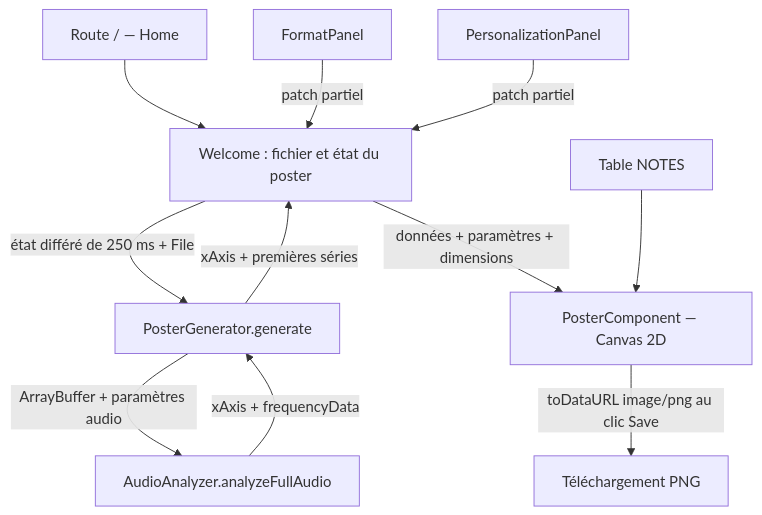
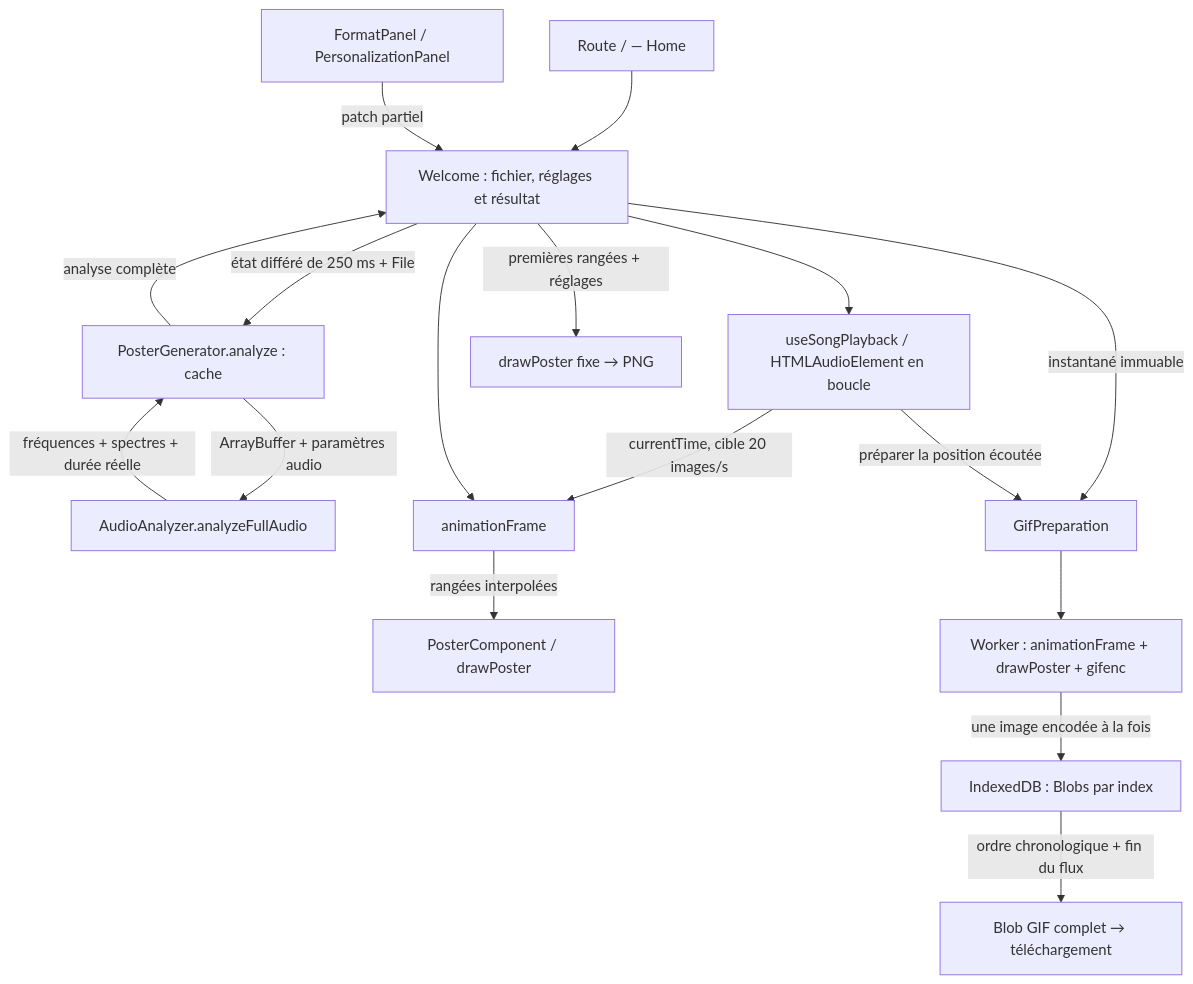
The diagram in doc/specification/02-architecture.md (EDKiff/Harmonyz), drawn with Mermaid before and after one commit. The commit also changed other lines of this file and 36 other files, not shown here.

Commit message:
feat: add synchronized music animation and progressive GIF export

````diff
--- a/doc/specification/02-architecture.md
+++ b/doc/specification/02-architecture.md
@@ -45,13 +55,19 @@
 ```mermaid
 flowchart TD
-    Route["Route / — Home"] --> Welcome["Welcome : fichier et état du poster"]
-    Format["FormatPanel"] -->|patch partiel| Welcome
-    Style["PersonalizationPanel"] -->|patch partiel| Welcome
-    Welcome -->|état différé de 250 ms + File| Generator["PosterGenerator.generate"]
+    Route["Route / — Home"] --> Welcome["Welcome : fichier, réglages et résultat"]
+    Panels["FormatPanel / PersonalizationPanel"] -->|patch partiel| Welcome
+    Welcome -->|état différé de 250 ms + File| Generator["PosterGenerator.analyze : cache"]
     Generator -->|ArrayBuffer + paramètres audio| Analyzer["AudioAnalyzer.analyzeFullAudio"]
-    Analyzer -->|xAxis + frequencyData| Generator
-    Generator -->|xAxis + premières séries| Welcome
-    Welcome -->|données + paramètres + dimensions| Canvas["PosterComponent — Canvas 2D"]
-    Notes["Table NOTES"] --> Canvas
-    Canvas -->|toDataURL image/png au clic Save| PNG["Téléchargement PNG"]
+    Analyzer -->|fréquences + spectres + durée réelle| Generator
+    Generator -->|analyse complète| Welcome
+    Welcome --> Player["useSongPlayback / HTMLAudioElement en boucle"]
+    Player -->|currentTime, cible 20 images/s| Animation["animationFrame"]
+    Welcome --> Animation
+    Animation -->|rangées interpolées| Canvas["PosterComponent / drawPoster"]
+    Welcome -->|premières rangées + réglages| PNG["drawPoster fixe → PNG"]
+    Welcome -->|instantané immuable| Preparation["GifPreparation"]
+    Player -->|préparer la position écoutée| Preparation
+    Preparation --> Worker["Worker : animationFrame + drawPoster + gifenc"]
+    Worker -->|une image encodée à la fois| Storage["IndexedDB : Blobs par index"]
+    Storage -->|ordre chronologique + fin du flux| GIF["Blob GIF complet → téléchargement"]
 ```
````
